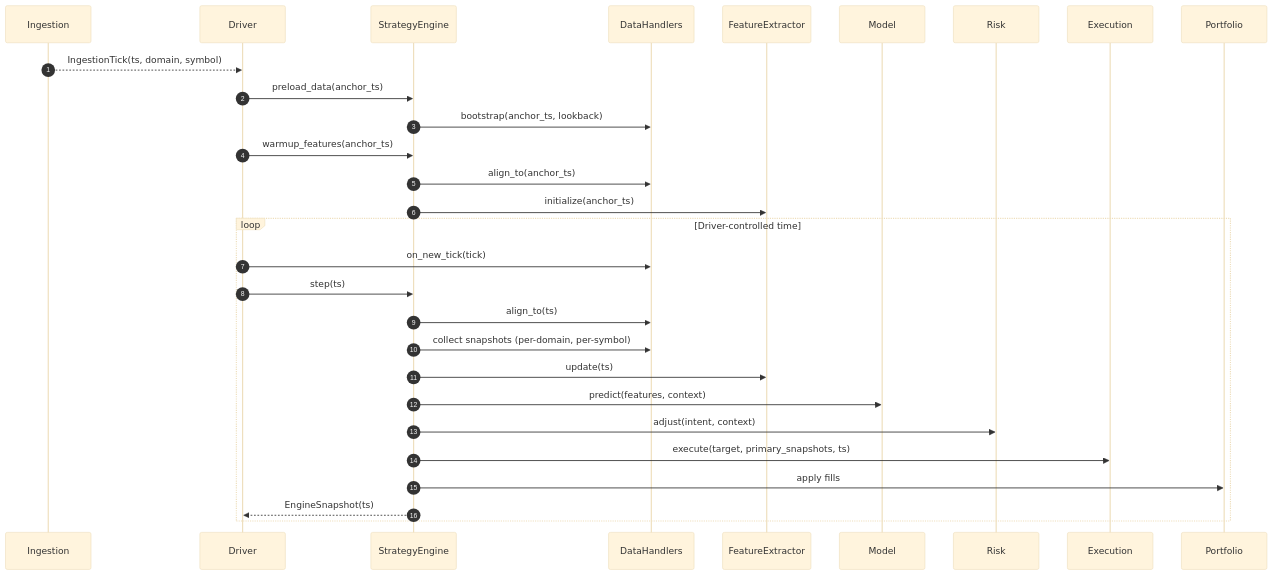
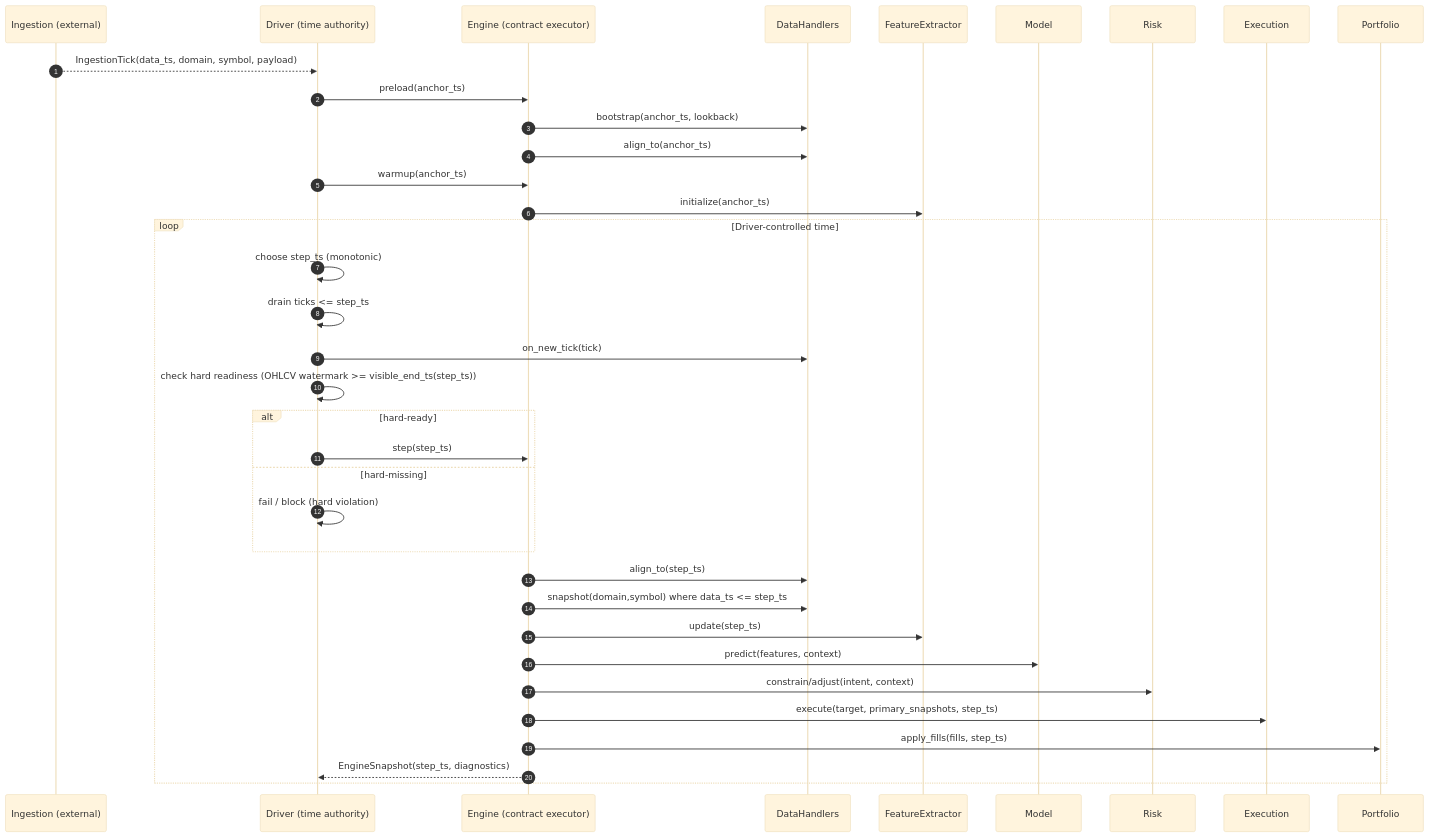
One commit to ZBaiY/Quant_Engine changed the diagram in README.md. Above: the diagram before and after it, drawn with Mermaid (base theme). The commit also changed other lines of this file and 7 other files, not shown here.

````diff
--- a/README.md
+++ b/README.md
@@ -244,41 +281,53 @@
 ```mermaid
 sequenceDiagram
     autonumber
-    participant I as Ingestion
-    participant D as Driver
-    participant E as StrategyEngine
+    participant I as Ingestion (external)
+    participant D as Driver (time authority)
+    participant E as Engine (contract executor)
     participant H as DataHandlers
     participant F as FeatureExtractor
     participant M as Model
     participant R as Risk
     participant X as Execution
     participant P as Portfolio
 
-    %% Ingestion is external
-    I-->>D: IngestionTick(ts, domain, symbol)
+    %% External ingestion boundary
+    I-->>D: IngestionTick(data_ts, domain, symbol, payload)
 
-    %% Bootstrap / warmup
-    D->>E: preload_data(anchor_ts)
+    %% Bootstrap / preload (Driver chooses anchor_ts)
+    D->>E: preload(anchor_ts)
     E->>H: bootstrap(anchor_ts, lookback)
+    E->>H: align_to(anchor_ts)
 
-    D->>E: warmup_features(anchor_ts)
-    E->>H: align_to(anchor_ts)
+    %% Warmup (still Driver-owned time)
+    D->>E: warmup(anchor_ts)
     E->>F: initialize(anchor_ts)
 
     %% Runtime loop
     loop Driver-controlled time
+        D->>D: choose step_ts (monotonic)
+        D->>D: drain ticks <= step_ts
         D->>H: on_new_tick(tick)
-        D->>E: step(ts)
 
-        E->>H: align_to(ts)
-        E->>H: collect snapshots (per-domain, per-symbol)
+        %% Hard readiness / legality gate
+        D->>D: check hard readiness (OHLCV watermark >= visible_end_ts(step_ts))
+        alt hard-ready
+            D->>E: step(step_ts)
+        else hard-missing
+            D->>D: fail / block (hard violation)
+        end
 
-        E->>F: update(ts)
+        %% Engine step (time-validated, contract-driven)
+        E->>H: align_to(step_ts)
+        E->>H: snapshot(domain,symbol) where data_ts <= step_ts
+
+        E->>F: update(step_ts)
         E->>M: predict(features, context)
-        E->>R: adjust(intent, context)
-        E->>X: execute(target, primary_snapshots, ts)
-        E->>P: apply fills
 
-        E-->>D: EngineSnapshot(ts)
+        E->>R: constrain/adjust(intent, context)
+        E->>X: execute(target, primary_snapshots, step_ts)
+        E->>P: apply_fills(fills, step_ts)
+
+        E-->>D: EngineSnapshot(step_ts, diagnostics)
     end
 ```
````
